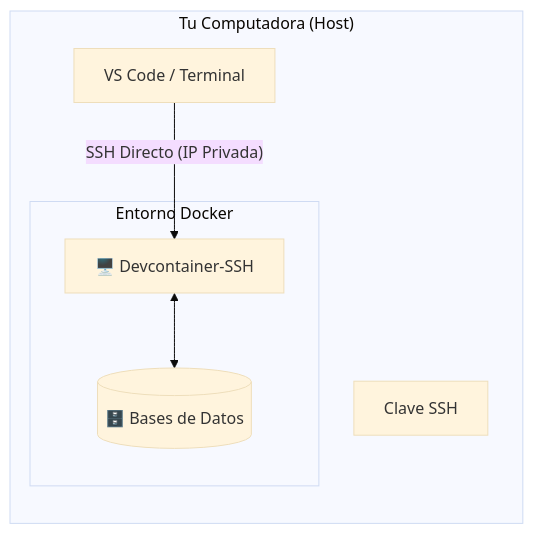
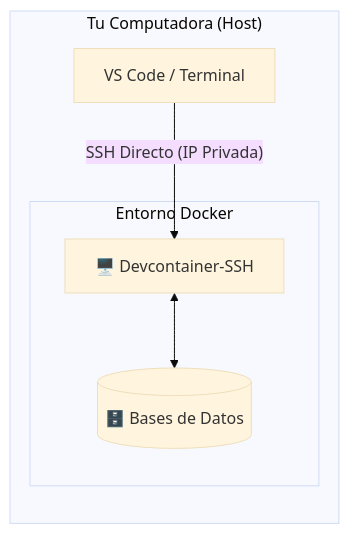
The second of 4 diagrams in README.md (Joacohbc/my-devcontainer-installer), drawn with Mermaid (base theme) before and after one commit. The commit also changed other lines of this file, not shown here.

````diff
--- a/README.md
+++ b/README.md
@@ -46,15 +48,14 @@
 ```mermaid
 graph LR
     subgraph Host["Tu Computadora (Host)"]
         VSCode["VS Code / Terminal"]
-        SSHKey["Clave SSH"]
         
         subgraph DockerEnv["Entorno Docker"]
             DevContainer["🖥️ Devcontainer-SSH"]
             DBs[("🗄️ Bases de Datos")]
         end
     end
     
     VSCode -- "SSH Directo (IP Privada)" --> DevContainer
     DevContainer <--> DBs
 ```
````
